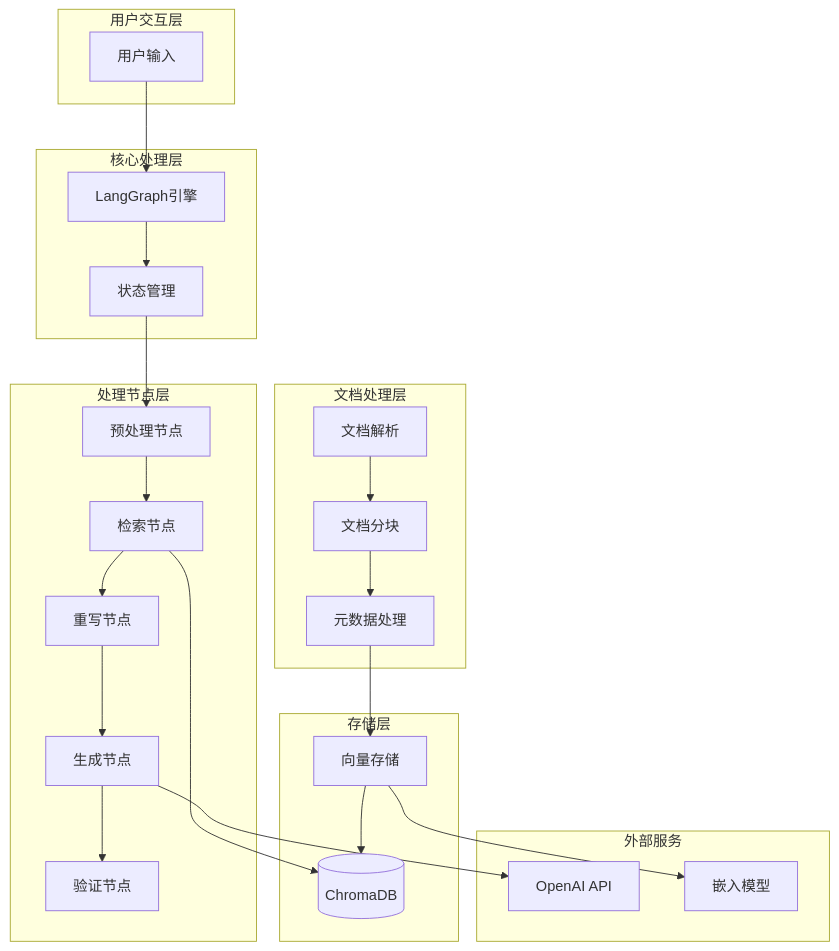
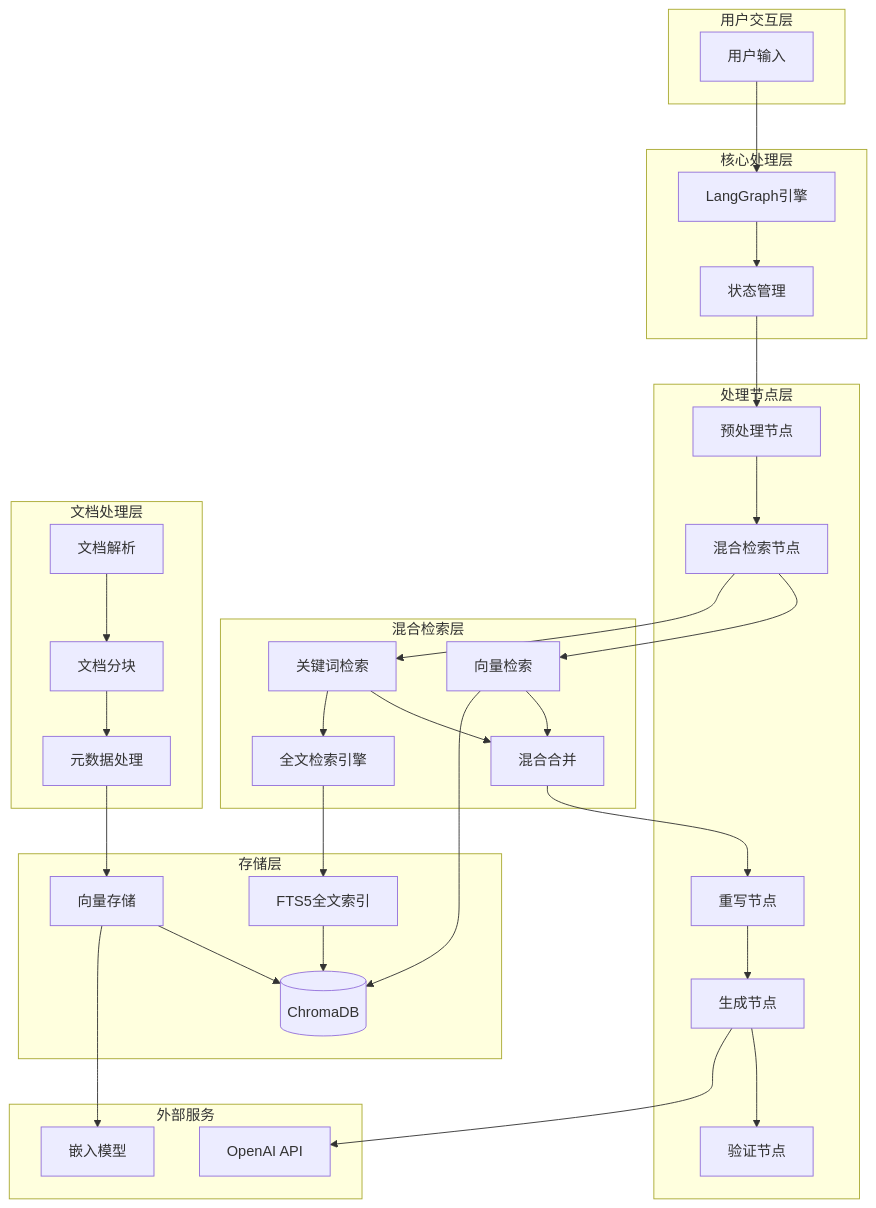
One commit to XuJiachengZust/RAG changed the first of 2 diagrams in README.md. Above: the diagram before and after it, drawn with Mermaid. The commit also changed other lines of this file, not shown here.

First line of the commit message:
feat(architecture): 更新系统架构和工作流

````diff
--- a/README.md
+++ b/README.md
@@ -27,52 +27,67 @@
 ```mermaid
 flowchart TB
     subgraph "用户交互层"
         USER[用户输入]
     end
     
     subgraph "核心处理层"
         LG[LangGraph引擎]
         STATE[状态管理]
     end
     
     subgraph "处理节点层"
         PREPROCESS[预处理节点]
-        RETRIEVE[检索节点]
+        RETRIEVE[混合检索节点]
         REWRITE[重写节点]
         GENERATE[生成节点]
         VALIDATE[验证节点]
+    end
+    
+    subgraph "混合检索层"
+        VECTOR_SEARCH[向量检索]
+        KEYWORD_SEARCH[关键词检索]
+        HYBRID_MERGE[混合合并]
+        FULLTEXT[全文检索引擎]
     end
     
     subgraph "文档处理层"
         PARSER[文档解析]
         CHUNKER[文档分块]
         METADATA[元数据处理]
     end
     
     subgraph "存储层"
         CHROMA[(ChromaDB)]
         VECTOR[向量存储]
+        FTS[FTS5全文索引]
     end
     
     subgraph "外部服务"
         OPENAI[OpenAI API]
         EMBEDDING[嵌入模型]
     end
     
     USER --> LG
     LG --> STATE
     STATE --> PREPROCESS
     PREPROCESS --> RETRIEVE
-    RETRIEVE --> REWRITE
+    RETRIEVE --> VECTOR_SEARCH
+    RETRIEVE --> KEYWORD_SEARCH
+    VECTOR_SEARCH --> HYBRID_MERGE
+    KEYWORD_SEARCH --> HYBRID_MERGE
+    HYBRID_MERGE --> REWRITE
     REWRITE --> GENERATE
     GENERATE --> VALIDATE
     
     PARSER --> CHUNKER
     CHUNKER --> METADATA
     METADATA --> VECTOR
     VECTOR --> CHROMA
     
-    RETRIEVE --> CHROMA
+    VECTOR_SEARCH --> CHROMA
+    KEYWORD_SEARCH --> FULLTEXT
+    FULLTEXT --> FTS
+    FTS --> CHROMA
     GENERATE --> OPENAI
     VECTOR --> EMBEDDING
 ```
````
